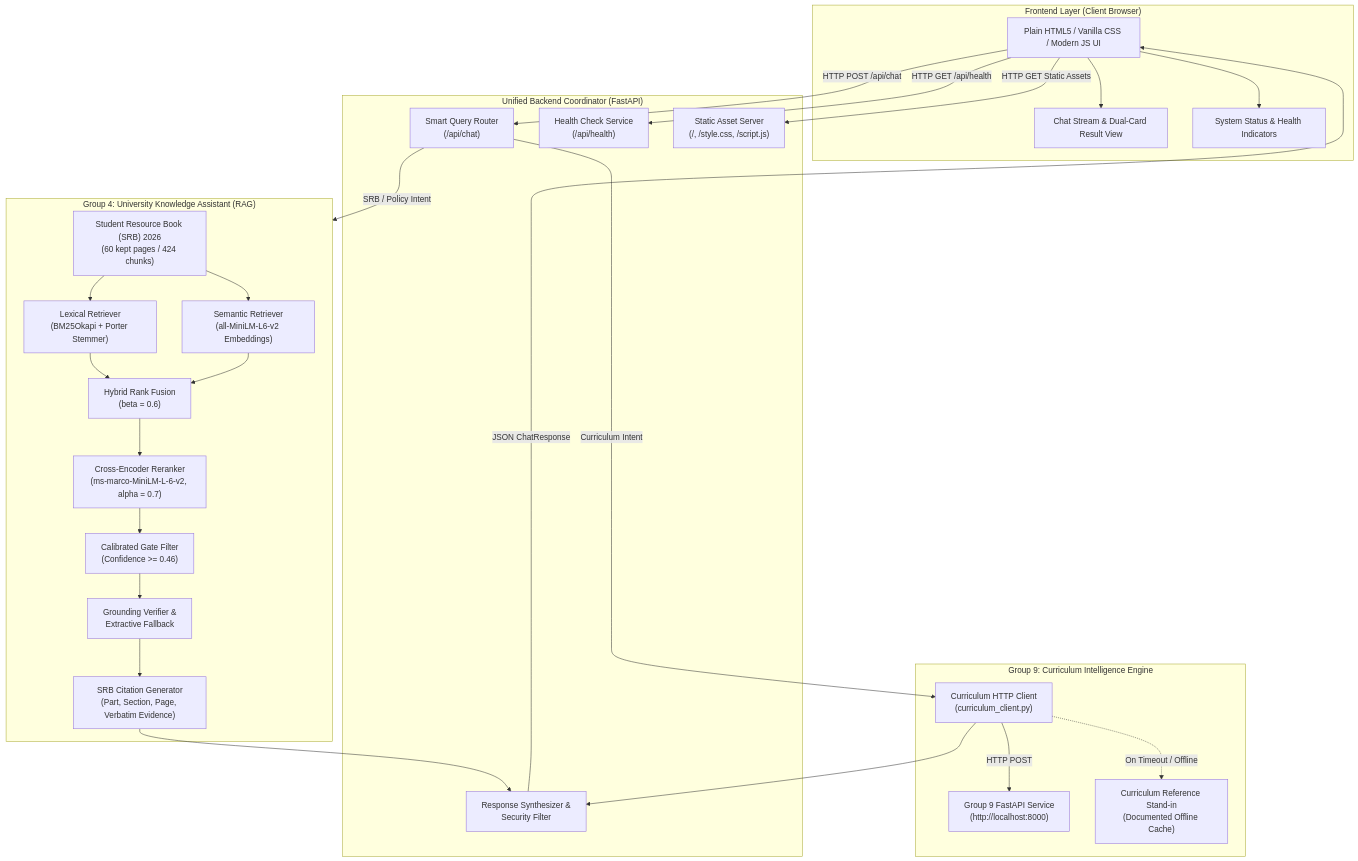
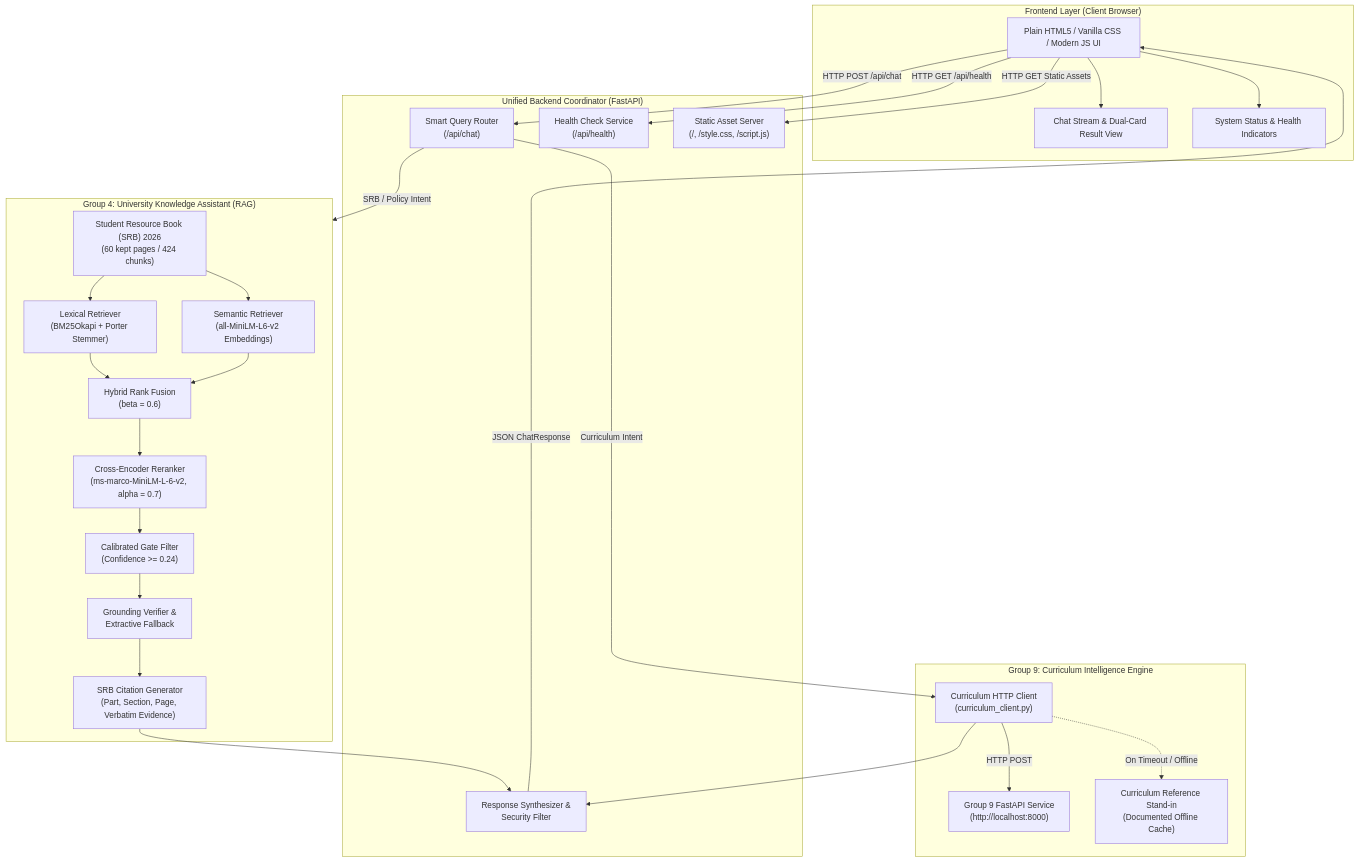
Before and after one commit to saniyalakdawala/university-knowledge-assistant: the diagram in docs/ARCHITECTURE.md, drawn with Mermaid. The commit also changed other lines of this file and 25 other files, not shown here.

Commit message:
Week 8 final: Group 9 hand-off, evaluated config, docs, architecture diagram

````diff
--- a/docs/ARCHITECTURE.md
+++ b/docs/ARCHITECTURE.md
@@ -22,58 +22,58 @@
 ```mermaid
 flowchart TD
     subgraph ClientLayer["Frontend Layer (Client Browser)"]
         UI["Plain HTML5 / Vanilla CSS / Modern JS UI"]
         ChatStream["Chat Stream & Dual-Card Result View"]
         Pills["System Status & Health Indicators"]
         UI --> ChatStream
         UI --> Pills
     end
 
     subgraph CoordinatorLayer["Unified Backend Coordinator (FastAPI)"]
         Router["Smart Query Router\n(/api/chat)"]
         HealthEndpoint["Health Check Service\n(/api/health)"]
         StaticServer["Static Asset Server\n(/, /style.css, /script.js)"]
         Synth["Response Synthesizer &\nSecurity Filter"]
     end
 
     subgraph Group4Service["Group 4: University Knowledge Assistant (RAG)"]
         SRB["Student Resource Book (SRB) 2026\n(60 kept pages / 424 chunks)"]
         BM25["Lexical Retriever\n(BM25Okapi + Porter Stemmer)"]
         MiniLM["Semantic Retriever\n(all-MiniLM-L6-v2 Embeddings)"]
         Hybrid["Hybrid Rank Fusion\n(beta = 0.6)"]
         Reranker["Cross-Encoder Reranker\n(ms-marco-MiniLM-L-6-v2, alpha = 0.7)"]
-        Gate["Calibrated Gate Filter\n(Confidence >= 0.46)"]
+        Gate["Calibrated Gate Filter\n(Confidence >= 0.24)"]
         Verifier["Grounding Verifier &\nExtractive Fallback"]
         Citations["SRB Citation Generator\n(Part, Section, Page, Verbatim Evidence)"]
 
         SRB --> BM25
         SRB --> MiniLM
         BM25 --> Hybrid
         MiniLM --> Hybrid
         Hybrid --> Reranker
         Reranker --> Gate
         Gate --> Verifier
         Verifier --> Citations
     end
 
     subgraph Group9Service["Group 9: Curriculum Intelligence Engine"]
         G9Client["Curriculum HTTP Client\n(curriculum_client.py)"]
         G9API["Group 9 FastAPI Service\n(http://localhost:8000)"]
         G9Fallback["Curriculum Reference Stand-in\n(Documented Offline Cache)"]
         
         G9Client -->|HTTP POST| G9API
         G9Client -.->|On Timeout / Offline| G9Fallback
     end
 
     %% Connections
     UI -->|HTTP POST /api/chat| Router
     UI -->|HTTP GET /api/health| HealthEndpoint
     UI -->|HTTP GET Static Assets| StaticServer
 
     Router -->|SRB / Policy Intent| Group4Service
     Router -->|Curriculum Intent| G9Client
 
     Citations --> Synth
     G9Client --> Synth
     Synth -->|JSON ChatResponse| UI
 ```
````
